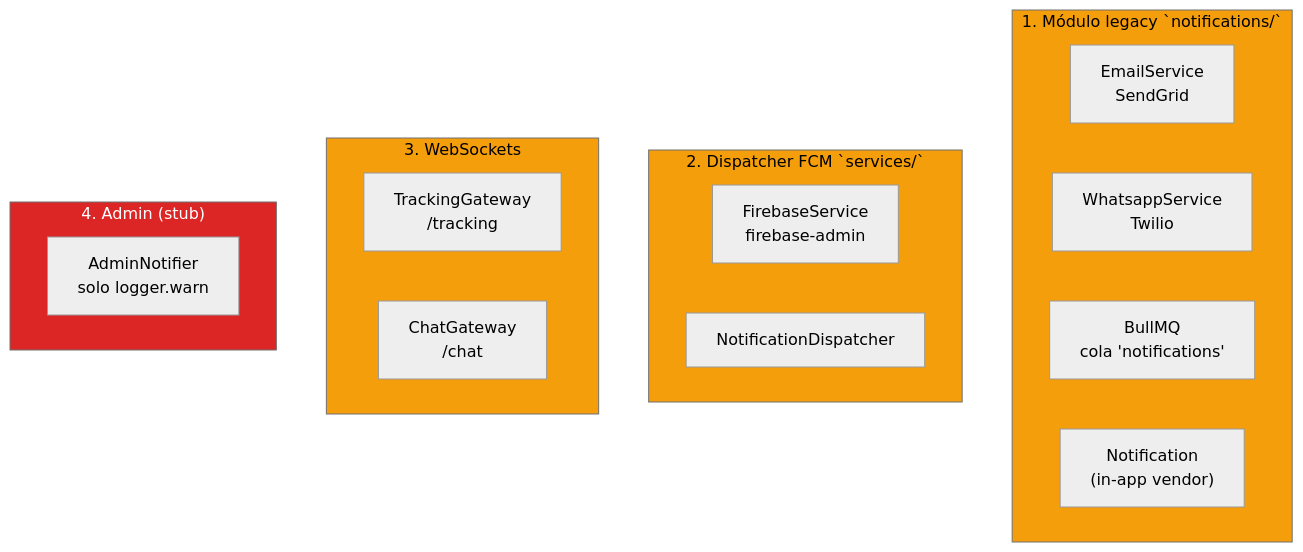
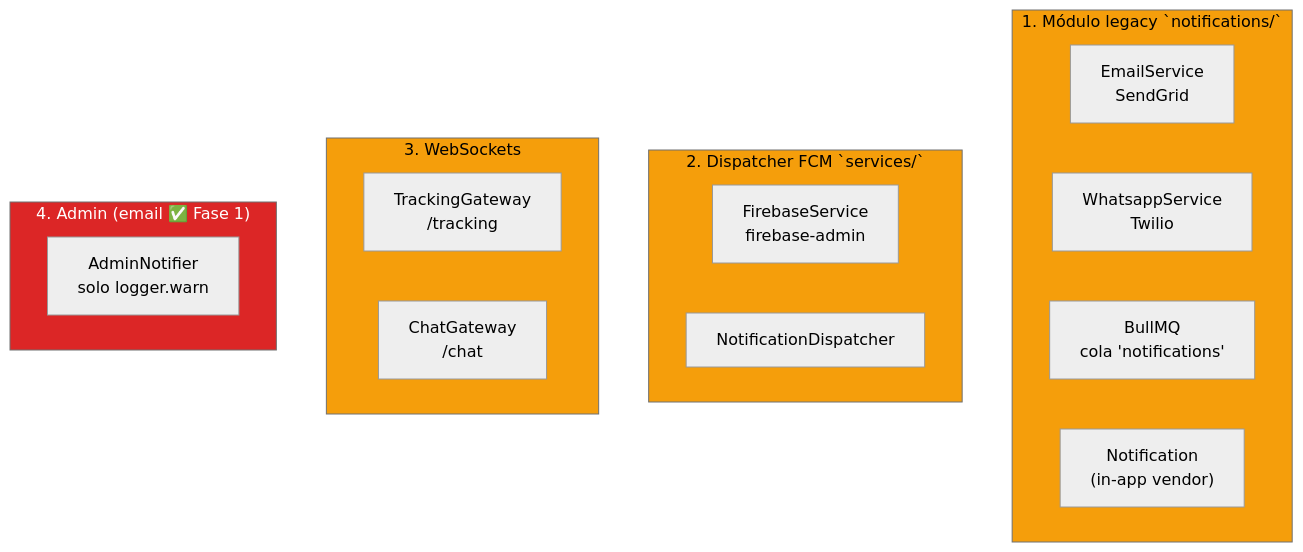
The first of 7 diagrams in DOCS/NOTIFICACIONES.md (kanoso/ecommcerce-saas-sonet), drawn with Mermaid (neutral theme) before and after one commit. The commit also changed other lines of this file, not shown here.

Commit message:
docs(notificaciones): Fase 1 implementada - canal email del admin

````diff
--- a/DOCS/NOTIFICACIONES.md
+++ b/DOCS/NOTIFICACIONES.md
@@ -77,28 +77,28 @@
 ```mermaid
 flowchart TD
     subgraph S1["1. Módulo legacy `notifications/`"]
         E1["EmailService<br/>SendGrid"]
         W1["WhatsappService<br/>Twilio"]
         Q1["BullMQ<br/>cola 'notifications'"]
         N1["Notification<br/>(in-app vendor)"]
     end
 
     subgraph S2["2. Dispatcher FCM `services/`"]
         F2["FirebaseService<br/>firebase-admin"]
         D2["NotificationDispatcher"]
     end
 
     subgraph S3["3. WebSockets"]
         T3["TrackingGateway<br/>/tracking"]
         C3["ChatGateway<br/>/chat"]
     end
 
-    subgraph S4["4. Admin (stub)"]
+    subgraph S4["4. Admin (email ✅ Fase 1)"]
         A4["AdminNotifier<br/>solo logger.warn"]
     end
 
     style S4 fill:#dc2626,color:#fff
     style S1 fill:#f59e0b,color:#000
     style S2 fill:#f59e0b,color:#000
     style S3 fill:#f59e0b,color:#000
 ```
````
